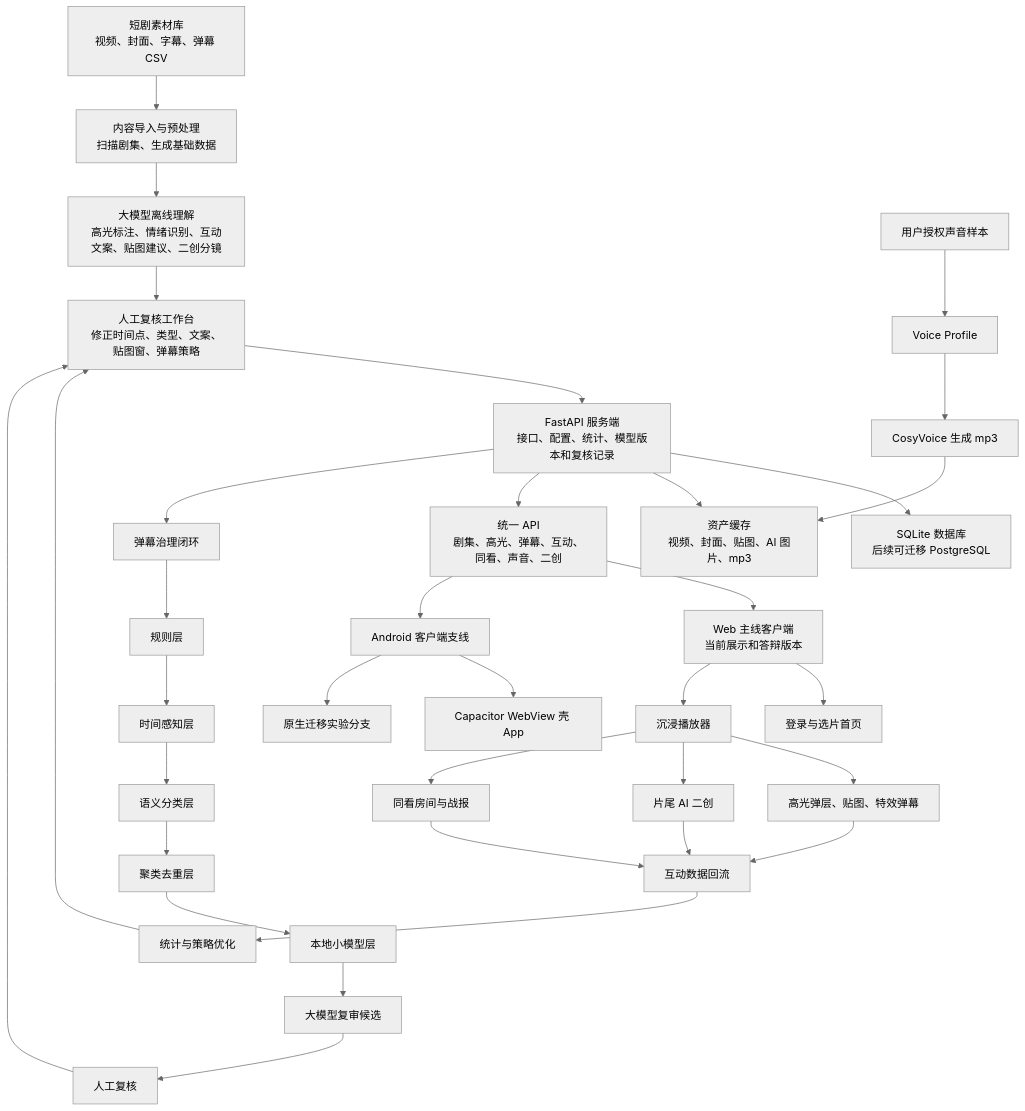
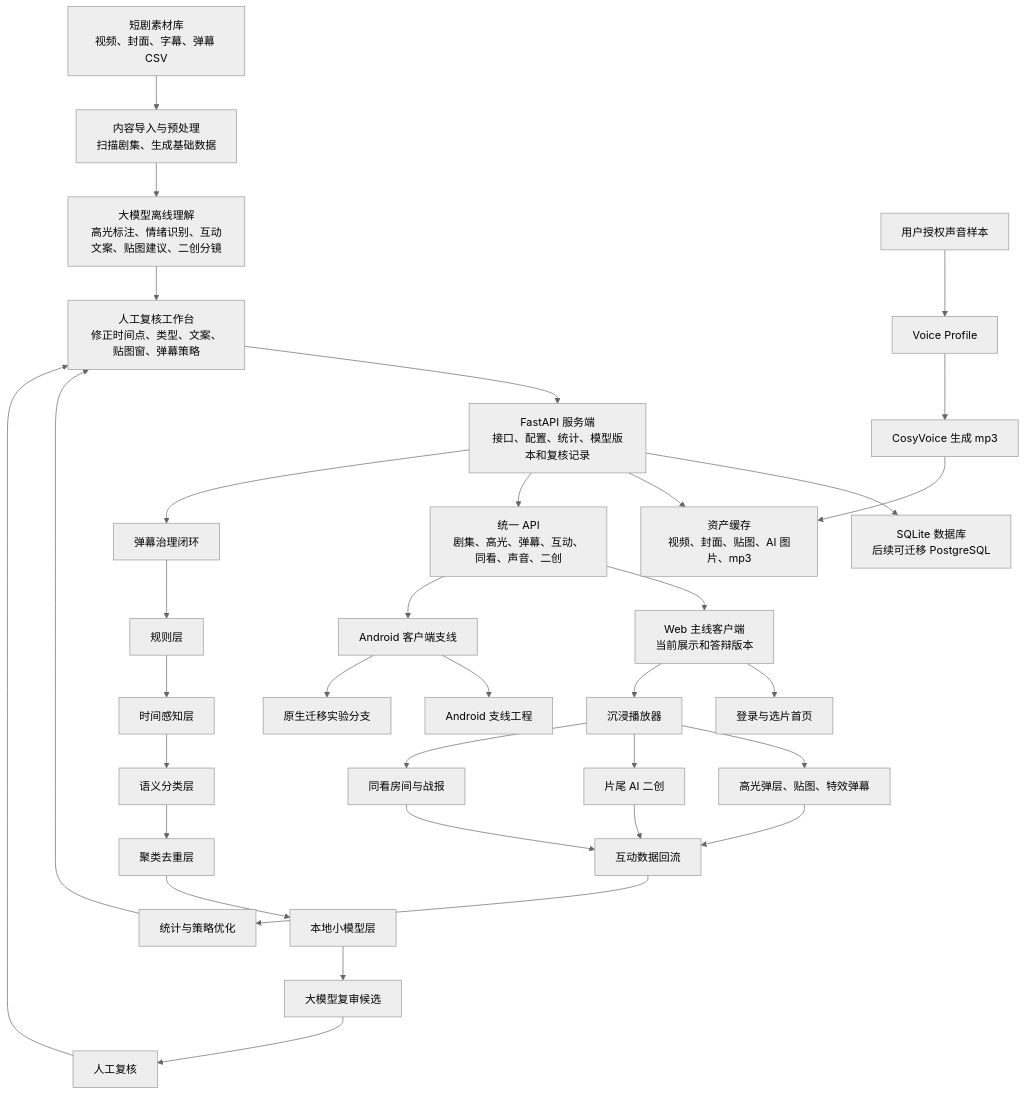
The first of 2 diagrams in README.md (leoelio/Understanding-Short-Dramas), drawn with Mermaid (neutral theme) before and after one commit. The commit also changed other lines of this file, not shown here.

Commit message:
docs: rename Android app wording

````diff
--- a/README.md
+++ b/README.md
@@ -79,41 +79,41 @@
 ```mermaid
 flowchart TD
     A["短剧素材库<br/>视频、封面、字幕、弹幕 CSV"] --> B["内容导入与预处理<br/>扫描剧集、生成基础数据"]
     B --> C["大模型离线理解<br/>高光标注、情绪识别、互动文案、贴图建议、二创分镜"]
     C --> D["人工复核工作台<br/>修正时间点、类型、文案、贴图窗、弹幕策略"]
     D --> E["FastAPI 服务端<br/>接口、配置、统计、模型版本和复核记录"]
     E --> DB["SQLite 数据库<br/>后续可迁移 PostgreSQL"]
     E --> AS["资产缓存<br/>视频、封面、贴图、AI 图片、mp3"]
     E --> API["统一 API<br/>剧集、高光、弹幕、互动、同看、声音、二创"]
 
     API --> W["Web 主线客户端<br/>当前展示和答辩版本"]
     W --> W1["登录与选片首页"]
     W --> W2["沉浸播放器"]
     W2 --> W3["高光弹层、贴图、特效弹幕"]
     W2 --> W4["片尾 AI 二创"]
     W2 --> W5["同看房间与战报"]
 
     API --> M["Android 客户端支线"]
-    M --> M1["Capacitor WebView 壳 App"]
+    M --> M1["Android 支线工程"]
     M --> M2["原生迁移实验分支"]
 
     E --> G["弹幕治理闭环"]
     G --> G1["规则层"]
     G1 --> G2["时间感知层"]
     G2 --> G3["语义分类层"]
     G3 --> G4["聚类去重层"]
     G4 --> G5["本地小模型层"]
     G5 --> G6["大模型复审候选"]
     G6 --> G7["人工复核"]
     G7 --> D
 
     V1["用户授权声音样本"] --> V2["Voice Profile"]
     V2 --> V3["CosyVoice 生成 mp3"]
     V3 --> AS
 
     W3 --> F["互动数据回流"]
     W4 --> F
     W5 --> F
     F --> H["统计与策略优化"]
     H --> D
 ```
````
